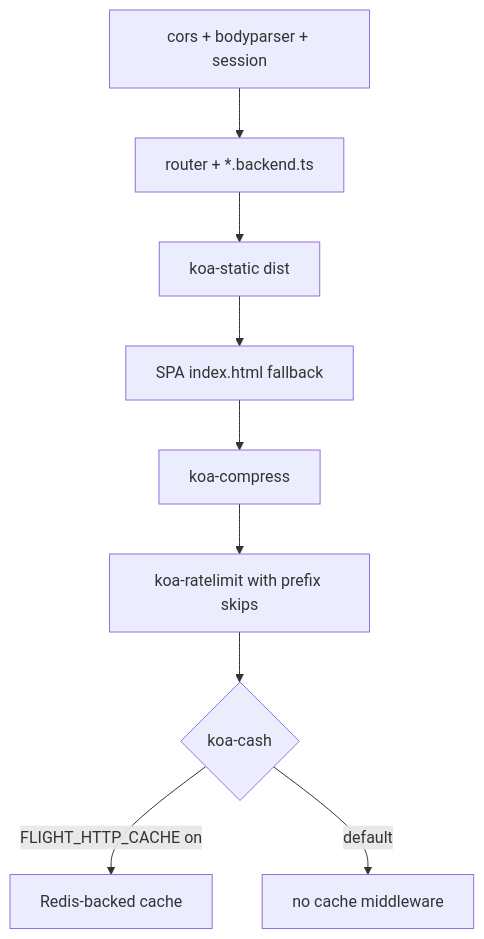
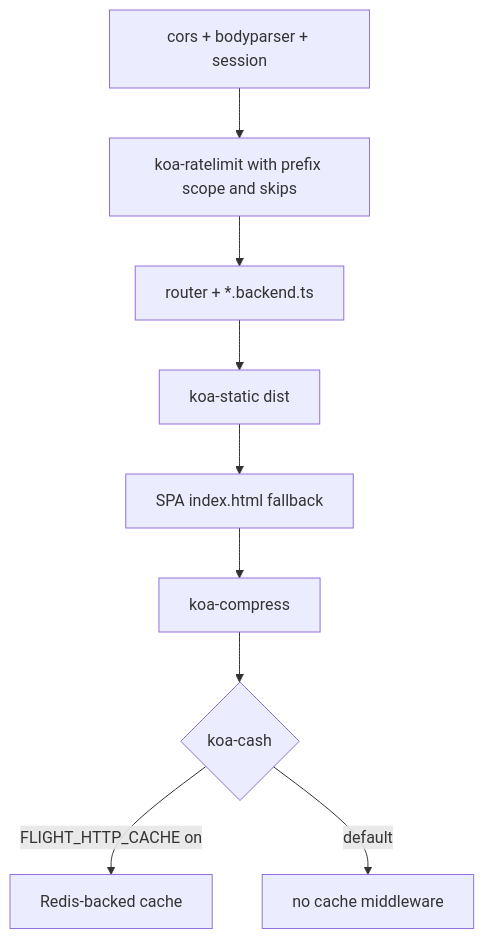
One commit to thoughtpivot/flight changed the diagram in README.md. Above: the diagram before and after it, drawn with Mermaid. The commit also changed other lines of this file and 9 other files, not shown here.

````diff
--- a/README.md
+++ b/README.md
@@ -381,11 +382,11 @@
 ```mermaid
 flowchart TD
-  A[cors + bodyparser + session] --> B[router + *.backend.ts]
+  A[cors + bodyparser + session] --> L[koa-ratelimit with prefix scope and skips]
+  L --> B[router + *.backend.ts]
   B --> C[koa-static dist]
   C --> D[SPA index.html fallback]
   D --> E[koa-compress]
-  E --> F[koa-ratelimit with prefix skips]
-  F --> G{koa-cash}
+  E --> G{koa-cash}
   G -->|FLIGHT_HTTP_CACHE on| H[Redis-backed cache]
   G -->|default| I[no cache middleware]
 ```
````
